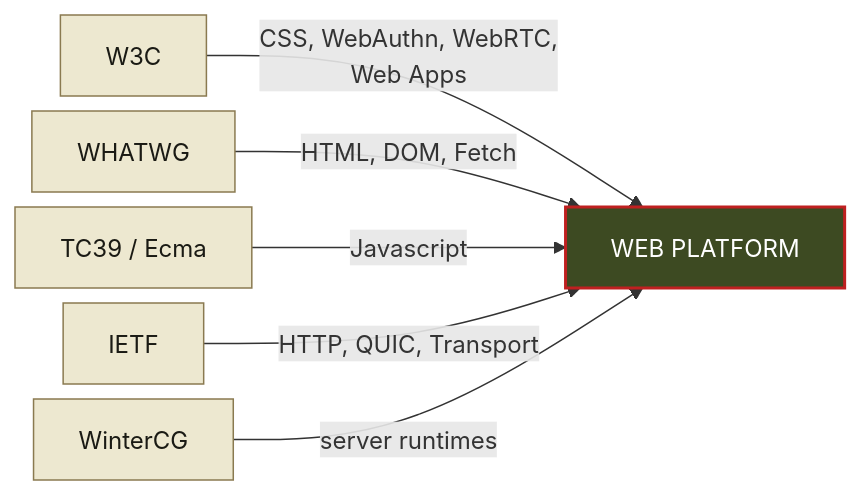
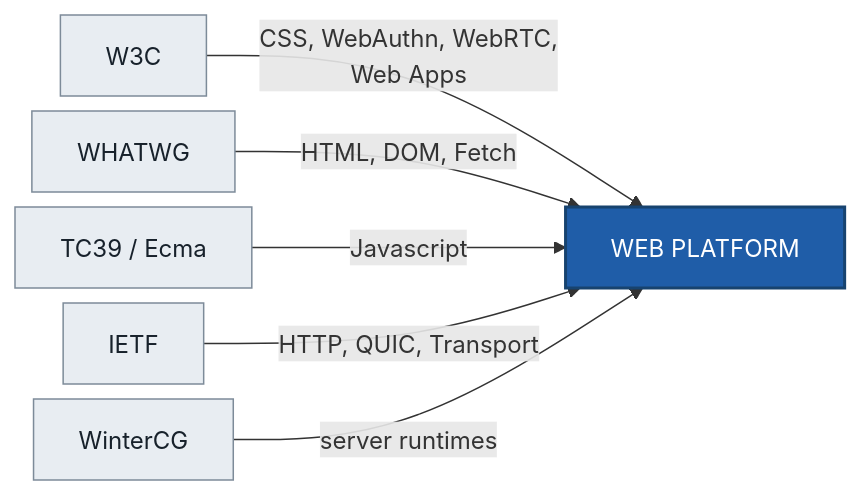
One commit to Momomash/hitchhiking-web-platform changed the third of 4 diagrams in slides.md. Above: the diagram before and after it, drawn with Mermaid. The commit also changed other lines of this file and 27 other files, not shown here.

````diff
--- a/slides.md
+++ b/slides.md
@@ -1840,16 +1886,16 @@
 ```mermaid
 %%{init: {'flowchart': {'curve': 'basis', 'nodeSpacing': 10, 'rankSpacing': 10}}}%%
 flowchart LR
 
   W3C["W3C"] -->|CSS, WebAuthn, WebRTC,\nWeb Apps| WEB["WEB PLATFORM"]
   WHATWG["WHATWG"] -->|HTML, DOM, Fetch| WEB
   TC39["TC39 / Ecma"] -->|Javascript| WEB
   IETF["IETF"] -->|HTTP, QUIC, Transport| WEB
   WINTER["WinterCG"] -->|server runtimes| WEB
 
-  classDef web fill:#3d4a22,stroke:#bf2020,color:#fff,stroke-width:2px;
-  classDef org fill:#ede8d0,stroke:#8a7a50,color:#1a1a14;
+  classDef web fill:#1f5da8,stroke:#17436f,color:#fff,stroke-width:2px;
+  classDef org fill:#e8edf2,stroke:#7d8b99,color:#17212b;
 
   class WEB web;
   class W3C,WHATWG,TC39,IETF,WINTER org;
 ```
````
